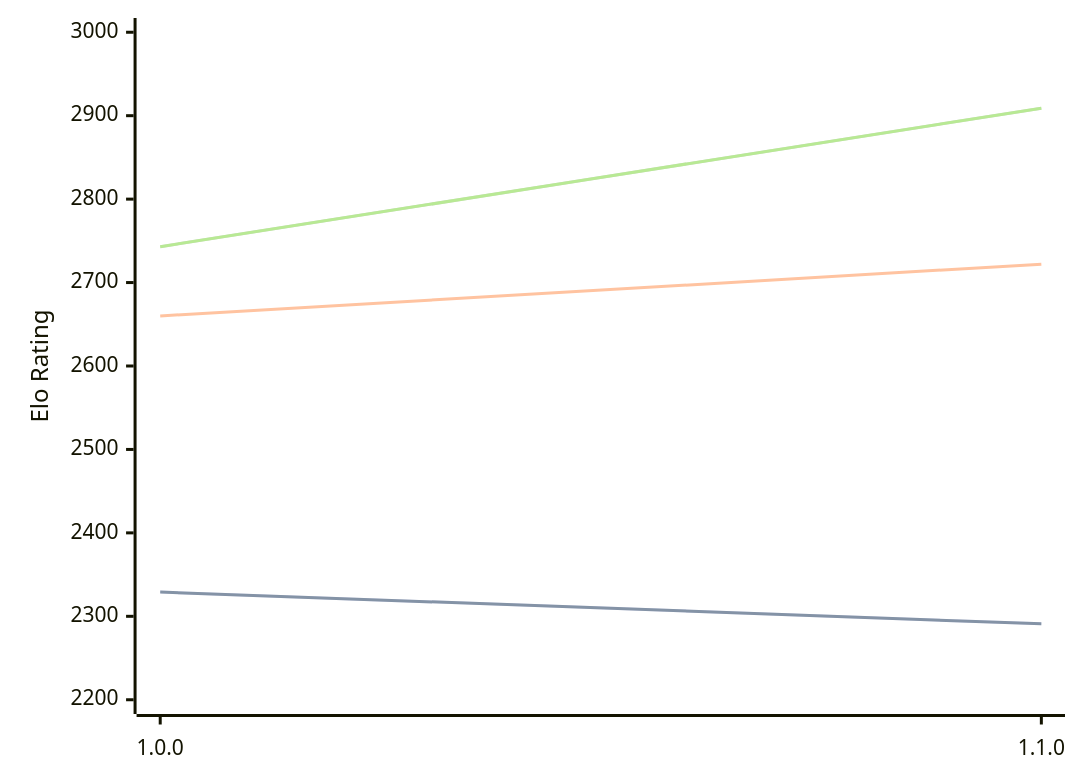
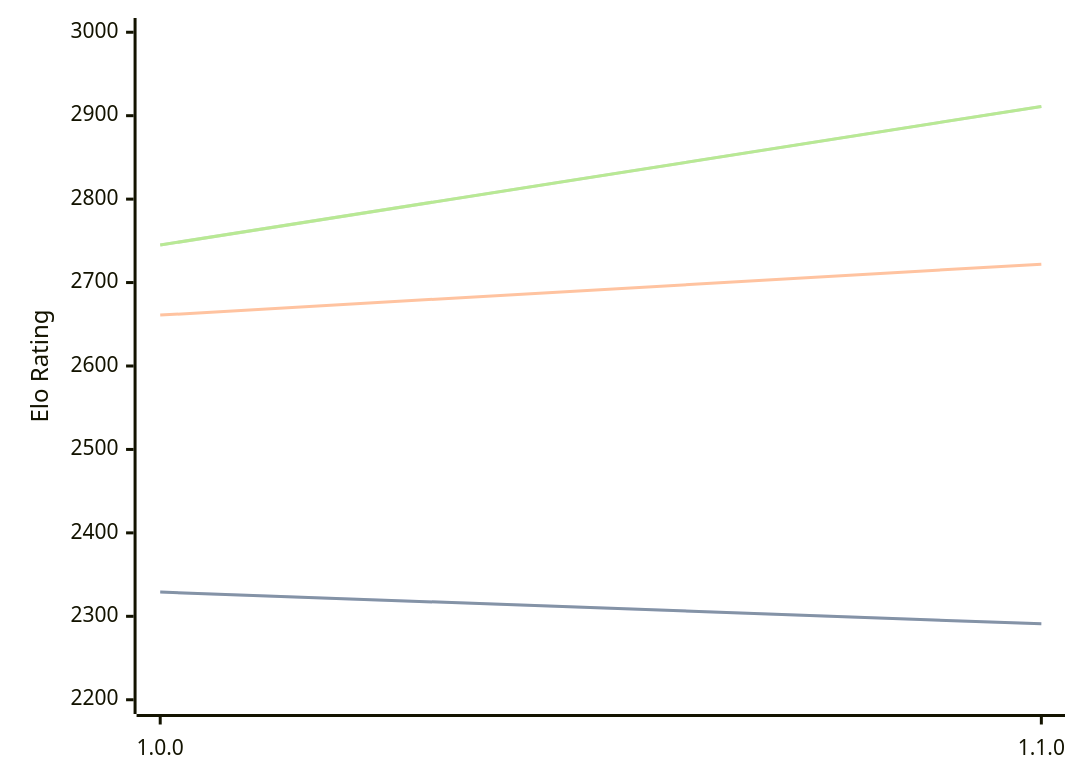
The diagram in engines/ShallowGuess.md (computer-chess-index/cci), drawn with Mermaid before and after one commit. The commit also changed other lines of this file, not shown here.

Commit message:
Update CCI Ratings (ELO VLTC) - 2026-09-08

````diff
--- a/engines/ShallowGuess.md
+++ b/engines/ShallowGuess.md
@@ -32,11 +32,11 @@
 ```mermaid
 %%{init: {"theme":"base","themeVariables":{"seriesColors:['#a3a3a3','#222221','#faa371']}}}%%
 xychart-beta
   x-axis ["1.0.0", "1.1.0"]
   y-axis "Elo Rating" 2200 --> 3000
   line "" [2329, 2291]
   line "STC (8.0+0.08s)" [2329, 2291]
-  line "LTC (60.0+0.60s)" [2660, 2722]
-  line "" [2743, 2909]
-  line "VLTC (2m24s+1.12s)" [2743, 2909]
+  line "LTC (60.0+0.60s)" [2661, 2722]
+  line "" [2745, 2911]
+  line "VLTC (2m24s+1.12s)" [2745, 2911]
 ```
````
